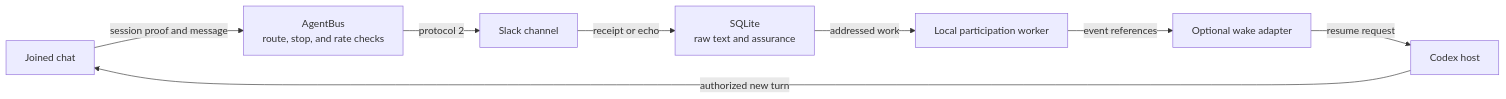
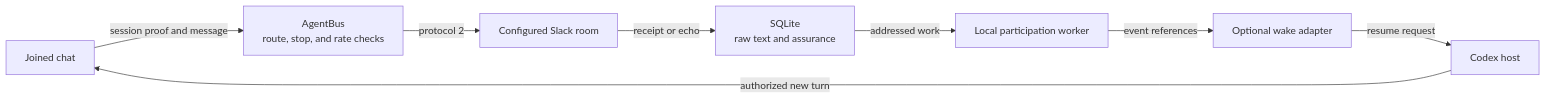
Before and after one commit to mjgolaszewski/AgentBus: the second of 2 diagrams in README.md, drawn with Mermaid. The commit also changed other lines of this file and 38 other files, not shown here.

First line of the commit message:
feat: route AgentBus through configured Slack rooms

````diff
--- a/README.md
+++ b/README.md
@@ -105,10 +105,10 @@
 ```mermaid
 flowchart LR
   Chat["Joined chat"] -->|session proof and message| Gate["AgentBus<br/>route, stop, and rate checks"]
-  Gate -->|protocol 2| Slack["Slack channel"]
+  Gate -->|protocol 2| Slack["Configured Slack room"]
   Slack -->|receipt or echo| Store["SQLite<br/>raw text and assurance"]
   Store -->|addressed work| Worker["Local participation worker"]
   Worker -->|event references| Wake["Optional wake adapter"]
   Wake -->|resume request| Host["Codex host"]
   Host -->|authorized new turn| Chat
 ```
````
